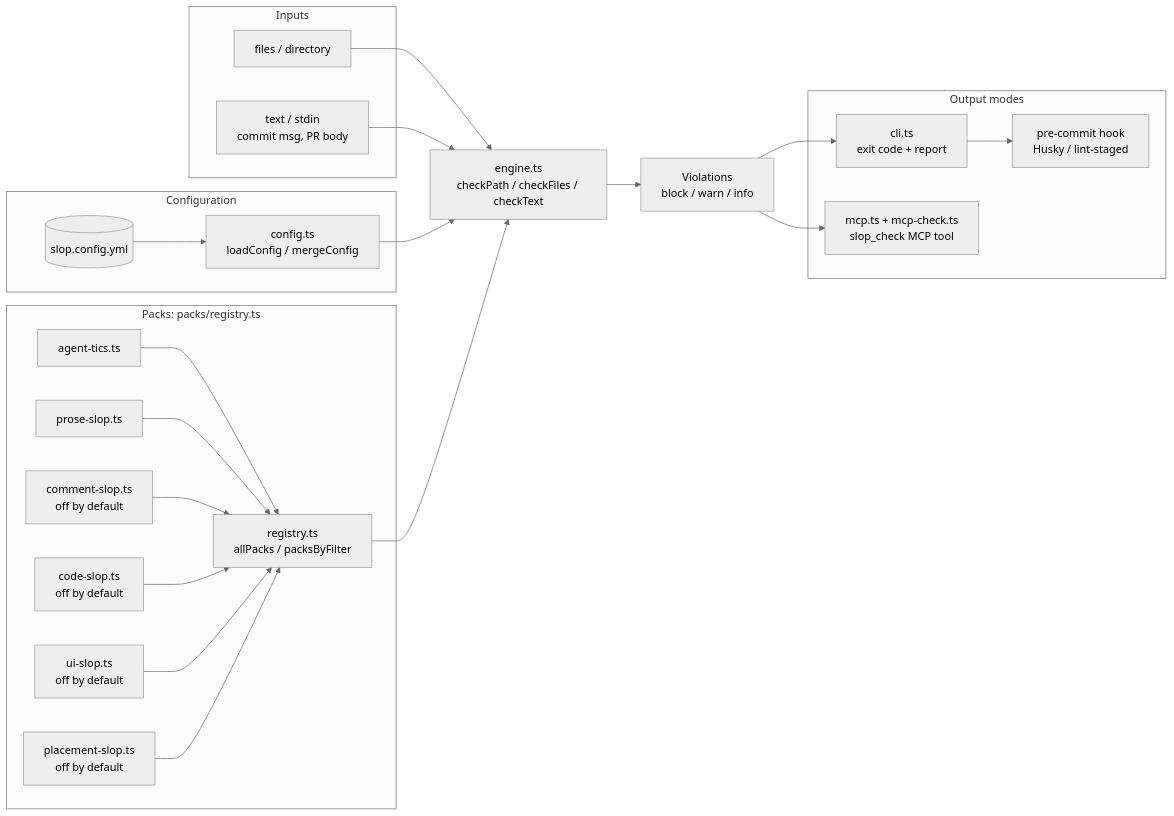
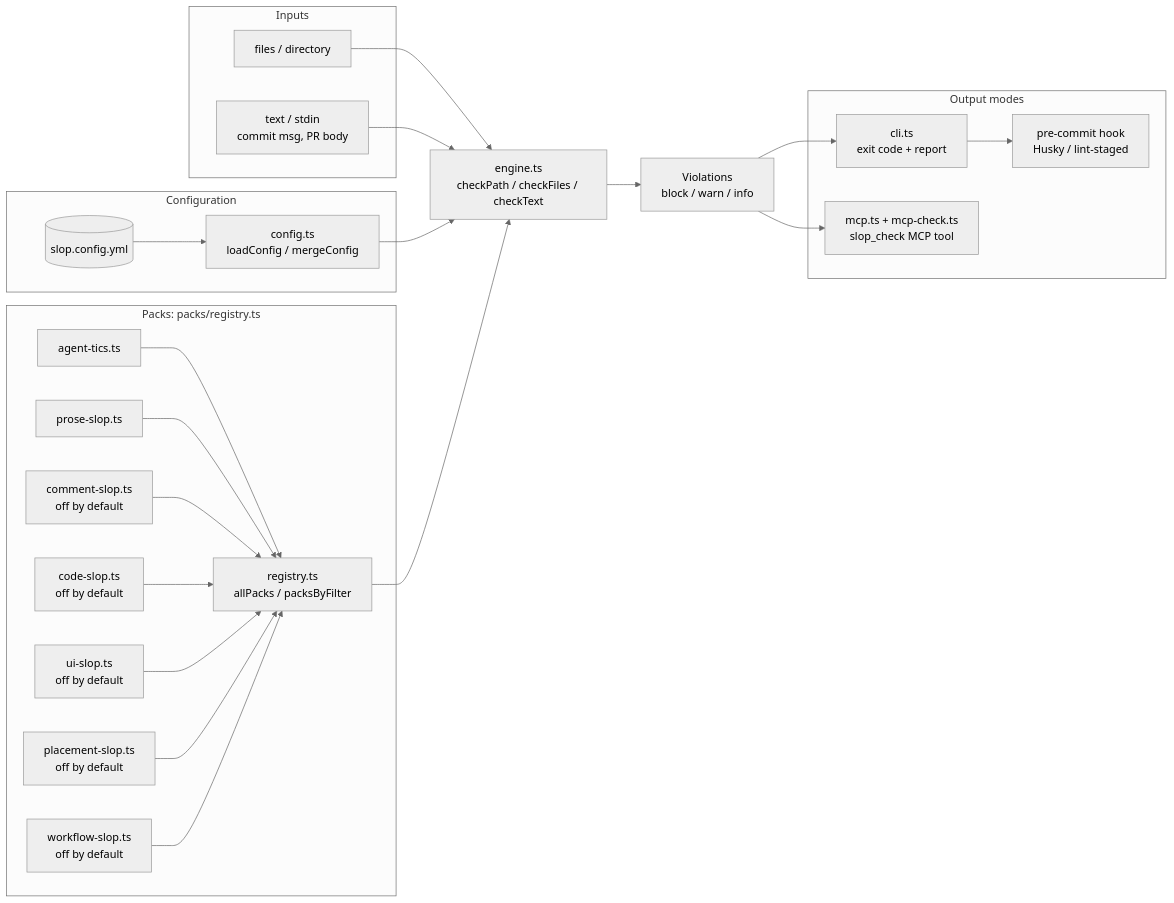
Before and after one commit to LanNguyenSi/agent-dx: the diagram in packages/slop-detector/README.md, drawn with Mermaid (neutral theme). The commit also changed other lines of this file and 17 other files, not shown here.

First line of the commit message:
feat(slop-detector): workflow-slop pack flagging ${{ }} expressions inside run: bodies

````diff
--- a/packages/slop-detector/README.md
+++ b/packages/slop-detector/README.md
@@ -199,47 +281,49 @@
 ```mermaid
 flowchart LR
     subgraph In["Inputs"]
         A["files / directory"]
         B["text / stdin<br/>commit msg, PR body"]
     end
 
     subgraph Cfg["Configuration"]
         C[("slop.config.yml")]
         D["config.ts<br/>loadConfig / mergeConfig"]
     end
 
     subgraph Packs["Packs: packs/registry.ts"]
         E["registry.ts<br/>allPacks / packsByFilter"]
         F["agent-tics.ts"]
         G["prose-slop.ts"]
         H["comment-slop.ts<br/>off by default"]
         I["code-slop.ts<br/>off by default"]
         J["ui-slop.ts<br/>off by default"]
         P["placement-slop.ts<br/>off by default"]
+        W["workflow-slop.ts<br/>off by default"]
     end
 
     K["engine.ts<br/>checkPath / checkFiles / checkText"]
     L["Violations<br/>block / warn / info"]
 
     subgraph Out["Output modes"]
         M["cli.ts<br/>exit code + report"]
         N["mcp.ts + mcp-check.ts<br/>slop_check MCP tool"]
         O["pre-commit hook<br/>Husky / lint-staged"]
     end
 
     A --> K
     B --> K
     C --> D
     D --> K
     F --> E
     G --> E
     H --> E
     I --> E
     J --> E
     P --> E
+    W --> E
     E --> K
     K --> L
     L --> M
     L --> N
     M --> O
 ```
````
